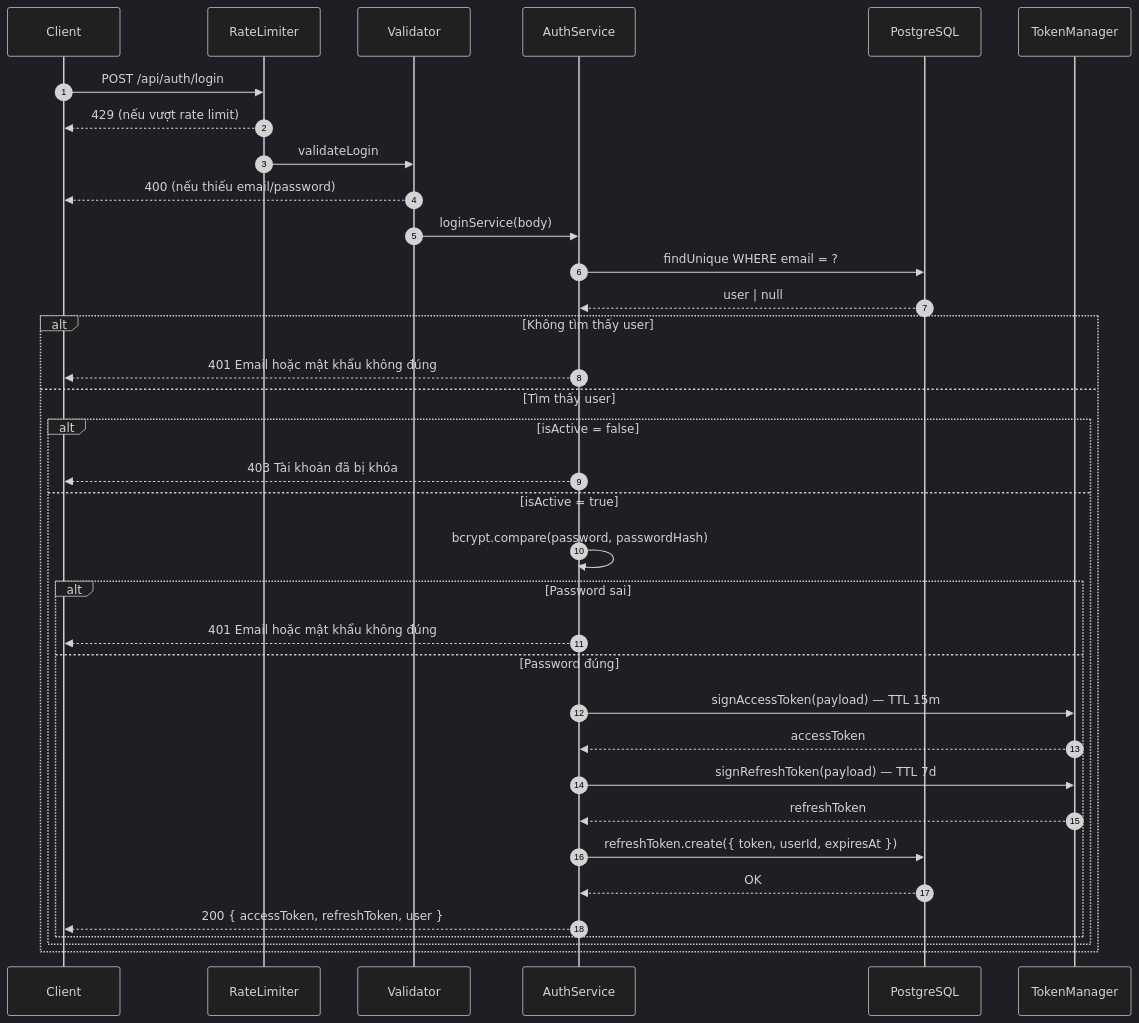
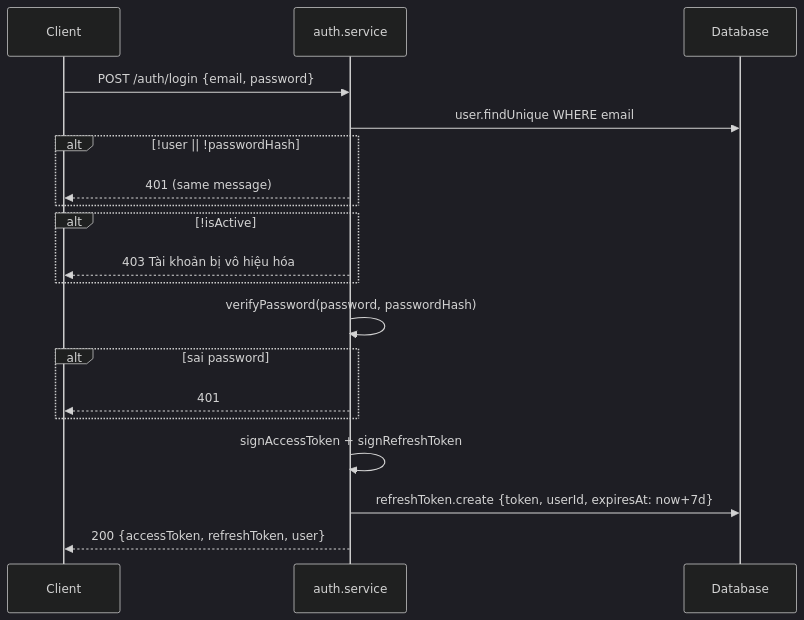
One commit to phamvinh203/mobivexa changed the second of 7 diagrams in docs/Auth/SequenceDiagram.md. Above: the diagram before and after it, drawn with Mermaid (dark theme). The commit also changed other lines of this file and 79 other files, not shown here.

Commit message:
📜 Add documentation for Inventory and Favorite modules including Use Cases, API Specifications, and Activity Diagrams

````diff
--- a/docs/Auth/SequenceDiagram.md
+++ b/docs/Auth/SequenceDiagram.md
@@ -43,38 +39,22 @@
 ```mermaid
 sequenceDiagram
-    autonumber
     participant C as Client
-    participant RL as RateLimiter
-    participant V as Validator
-    participant S as AuthService
-    participant DB as PostgreSQL
-    participant JWT as TokenManager
+    participant S as auth.service
+    participant DB as Database
 
-    C->>RL: POST /api/auth/login
-    RL-->>C: 429 (nếu vượt rate limit)
-    RL->>V: validateLogin
-    V-->>C: 400 (nếu thiếu email/password)
-    V->>S: loginService(body)
-    S->>DB: findUnique WHERE email = ?
-    DB-->>S: user | null
-    alt Không tìm thấy user
-        S-->>C: 401 Email hoặc mật khẩu không đúng
-    else Tìm thấy user
-        alt isActive = false
-            S-->>C: 403 Tài khoản đã bị khóa
-        else isActive = true
-            S->>S: bcrypt.compare(password, passwordHash)
-            alt Password sai
-                S-->>C: 401 Email hoặc mật khẩu không đúng
-            else Password đúng
-                S->>JWT: signAccessToken(payload) — TTL 15m
-                JWT-->>S: accessToken
-                S->>JWT: signRefreshToken(payload) — TTL 7d
-                JWT-->>S: refreshToken
-                S->>DB: refreshToken.create({ token, userId, expiresAt })
-                DB-->>S: OK
-                S-->>C: 200 { accessToken, refreshToken, user }
-            end
-        end
+    C->>S: POST /auth/login {email, password}
+    S->>DB: user.findUnique WHERE email
+    alt !user || !passwordHash
+        S-->>C: 401 (same message)
     end
+    alt !isActive
+        S-->>C: 403 Tài khoản bị vô hiệu hóa
+    end
+    S->>S: verifyPassword(password, passwordHash)
+    alt sai password
+        S-->>C: 401
+    end
+    S->>S: signAccessToken + signRefreshToken
+    S->>DB: refreshToken.create {token, userId, expiresAt: now+7d}
+    S-->>C: 200 {accessToken, refreshToken, user}
 ```
````
